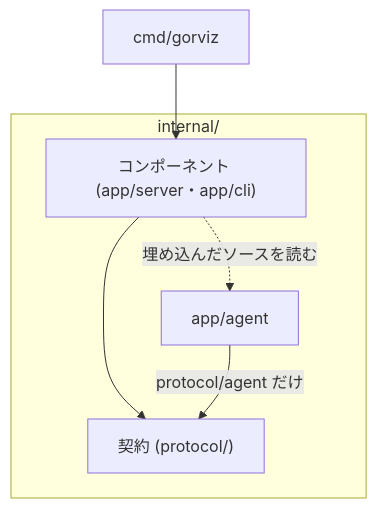
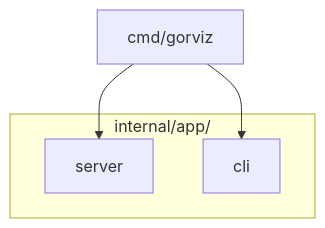
The first of 3 diagrams in docs/architecture.md (kakkky/gorviz), drawn with Mermaid before and after one commit. The commit also changed other lines of this file and 62 other files, not shown here.

````diff
--- a/docs/architecture.md
+++ b/docs/architecture.md
@@ -38,14 +33,11 @@
 ```mermaid
 flowchart TD
     cmd["cmd/gorviz"]
-    subgraph internal["internal/"]
-        app["コンポーネント (app/server・app/cli)"]
-        agent["app/agent"]
-        protocol["契約 (protocol/)"]
+    subgraph internal["internal/app/"]
+        server["server"]
+        cli["cli"]
     end
 
-    cmd --> app
-    app --> protocol
-    agent -->|"protocol/agent だけ"| protocol
-    app -. "埋め込んだソースを読む" .-> agent
+    cmd --> server
+    cmd --> cli
 ```
````
